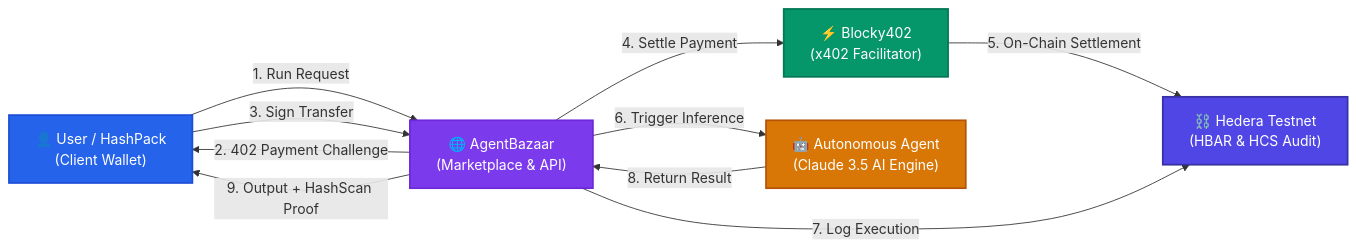
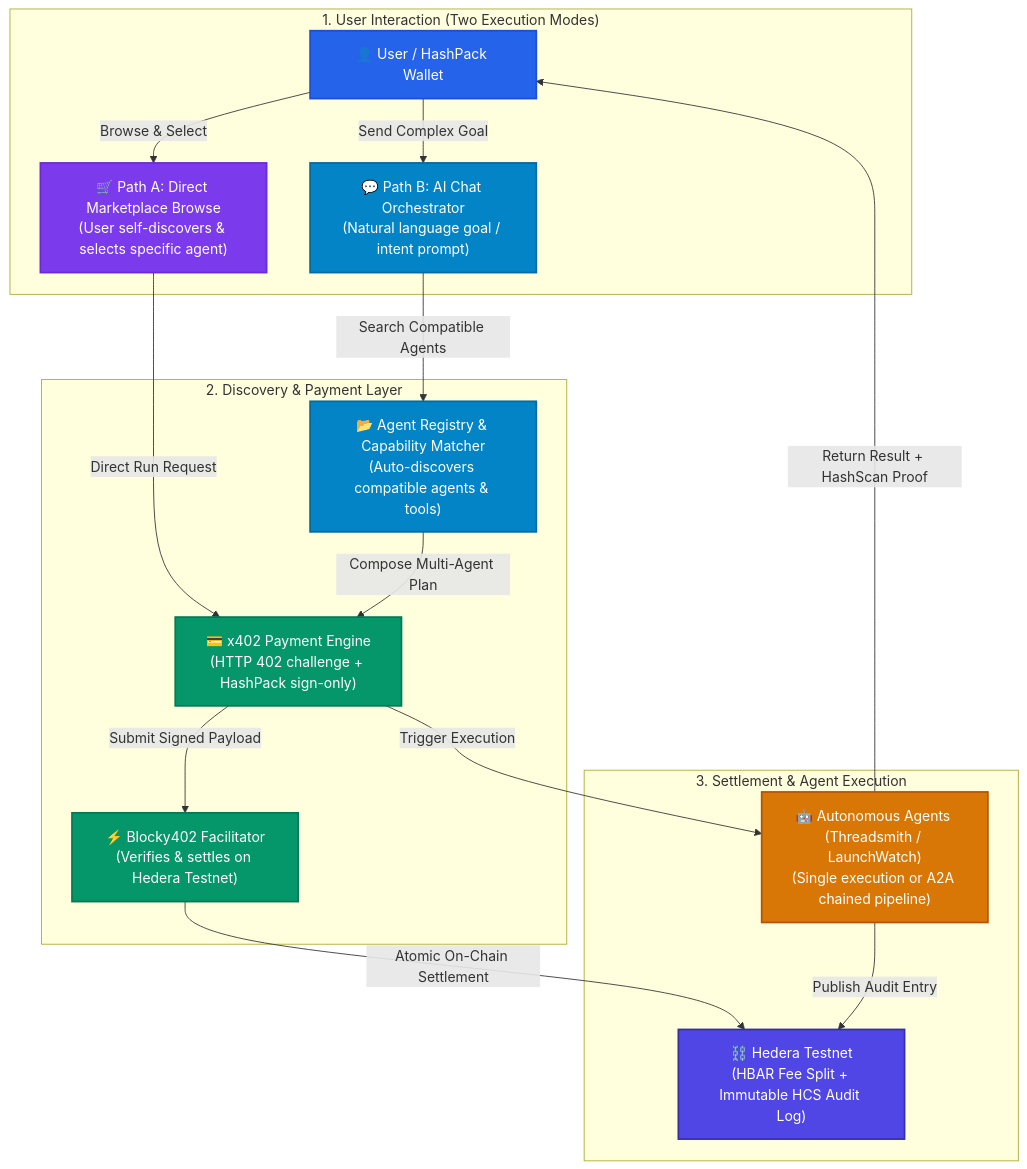
Before and after one commit to Ultraviolet01/AgentBZ: the diagram in README.md, drawn with Mermaid. The commit also changed other lines of this file, not shown here.

Commit message:
docs: expand system architecture to highlight direct marketplace run vs orchestrator discovery and A2A chaining

````diff
--- a/README.md
+++ b/README.md
@@ -68,24 +70,39 @@
 ```mermaid
-graph LR
+graph TD
     classDef client fill:#2563eb,stroke:#1d4ed8,stroke-width:2px,color:#fff;
-    classDef platform fill:#7c3aed,stroke:#6d28d9,stroke-width:2px,color:#fff;
+    classDef gateway fill:#7c3aed,stroke:#6d28d9,stroke-width:2px,color:#fff;
+    classDef discovery fill:#0284c7,stroke:#0369a1,stroke-width:2px,color:#fff;
     classDef payment fill:#059669,stroke:#047857,stroke-width:2px,color:#fff;
     classDef hedera fill:#4f46e5,stroke:#3730a3,stroke-width:2px,color:#fff;
     classDef ai fill:#d97706,stroke:#b45309,stroke-width:2px,color:#fff;
 
-    User["👤 User / HashPack<br/>(Client Wallet)"]:::client
-    Platform["🌐 AgentBazaar<br/>(Marketplace & API)"]:::platform
-    Facilitator["⚡ Blocky402<br/>(x402 Facilitator)"]:::payment
-    Hedera["⛓️ Hedera Testnet<br/>(HBAR & HCS Audit)"]:::hedera
-    AI["🤖 Autonomous Agent<br/>(Claude 3.5 AI Engine)"]:::ai
+    subgraph Entry ["1. User Interaction (Two Execution Modes)"]
+        User["👤 User / HashPack Wallet"]:::client
+        PathA["🛒 Path A: Direct Marketplace Browse<br/>(User self-discovers & selects specific agent)"]:::gateway
+        PathB["💬 Path B: AI Chat Orchestrator<br/>(Natural language goal / intent prompt)"]:::discovery
+    end
 
-    User -->|"1. Run Request"| Platform
-    Platform -->|"2. 402 Payment Challenge"| User
-    User -->|"3. Sign Transfer"| Platform
-    Platform -->|"4. Settle Payment"| Facilitator
-    Facilitator -->|"5. On-Chain Settlement"| Hedera
-    Platform -->|"6. Trigger Inference"| AI
-    Platform -->|"7. Log Execution"| Hedera
-    AI -->|"8. Return Result"| Platform
-    Platform -->|"9. Output + HashScan Proof"| User
+    subgraph Core ["2. Discovery & Payment Layer"]
+        Registry["📂 Agent Registry & Capability Matcher<br/>(Auto-discovers compatible agents & tools)"]:::discovery
+        Paywall["💳 x402 Payment Engine<br/>(HTTP 402 challenge + HashPack sign-only)"]:::payment
+        Blocky["⚡ Blocky402 Facilitator<br/>(Verifies & settles on Hedera Testnet)"]:::payment
+    end
+
+    subgraph Execution ["3. Settlement & Agent Execution"]
+        Hedera["⛓️ Hedera Testnet<br/>(HBAR Fee Split + Immutable HCS Audit Log)"]:::hedera
+        Agents["🤖 Autonomous Agents (Threadsmith / LaunchWatch)<br/>(Single execution or A2A chained pipeline)"]:::ai
+    end
+
+    User -->|"Browse & Select"| PathA
+    User -->|"Send Complex Goal"| PathB
+
+    PathA -->|"Direct Run Request"| Paywall
+    PathB -->|"Search Compatible Agents"| Registry
+    Registry -->|"Compose Multi-Agent Plan"| Paywall
+
+    Paywall -->|"Submit Signed Payload"| Blocky
+    Blocky -->|"Atomic On-Chain Settlement"| Hedera
+    Paywall -->|"Trigger Execution"| Agents
+    Agents -->|"Publish Audit Entry"| Hedera
+    Agents -->|"Return Result + HashScan Proof"| User
 ```
````
